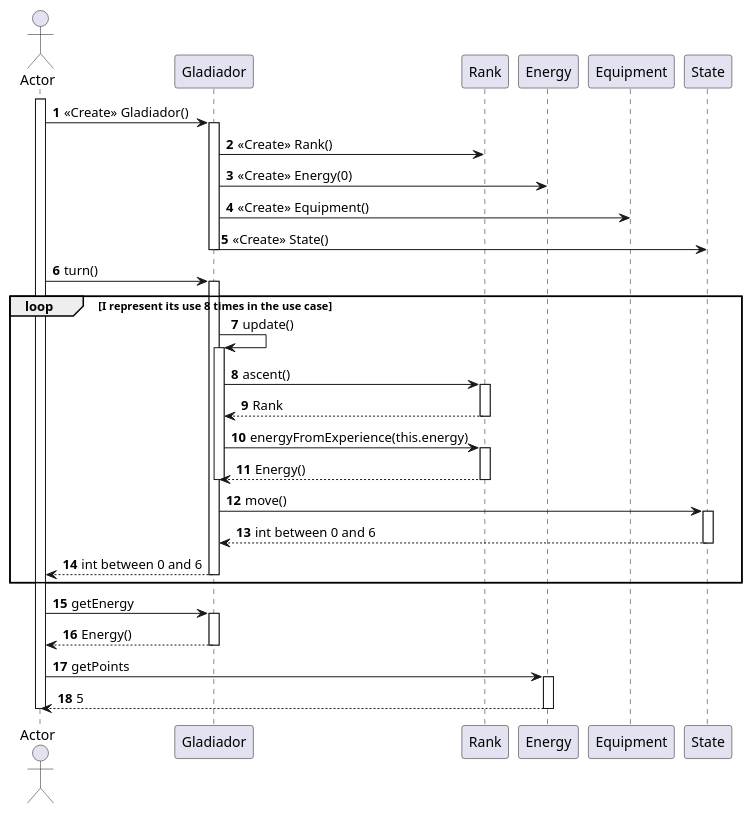
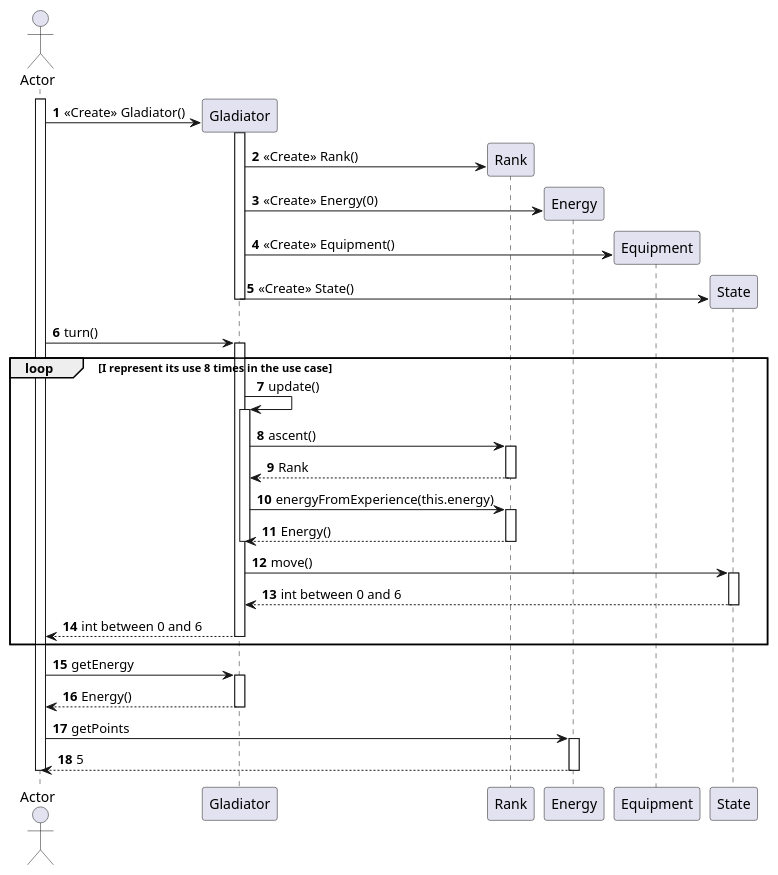
Before and after one commit to PabloGCH/tp2-algo3: the diagram in diagrams/sequences/useCase08.plantuml, drawn with PlantUML. The commit also changed 4 other files, not shown here.

```diff
--- a/diagrams/sequences/useCase08.plantuml
+++ b/diagrams/sequences/useCase08.plantuml
@@ -1,54 +1,58 @@
 @startuml
 
 autonumber
 
 actor Actor
 
 activate Actor
+create Gladiator
+Actor -> Gladiator : <<Create>> Gladiator()
+activate Gladiator
+    create Rank
+    Gladiator -> Rank :  <<Create>> Rank() 
+    create Energy
+    Gladiator -> Energy : <<Create>> Energy(0)
+    create Equipment
+    Gladiator -> Equipment : <<Create>> Equipment()
+    Create State
+    Gladiator -> State : <<Create>> State()
+deactivate Gladiator
 
-Actor -> Gladiador : <<Create>> Gladiador()
-activate Gladiador
-    Gladiador -> Rank :  <<Create>> Rank() 
-    Gladiador -> Energy : <<Create>> Energy(0)
-    Gladiador -> Equipment : <<Create>> Equipment()
-    Gladiador -> State : <<Create>> State()
-deactivate Gladiador
+Actor -> Gladiator : turn()
+loop I represent its use 8 times in the use case
+activate Gladiator
+    Gladiator -> Gladiator : update()
+    activate Gladiator
 
-Actor -> Gladiador : turn()
-loop I represent its use 8 times in the use case
-activate Gladiador
-    Gladiador -> Gladiador : update()
-    activate Gladiador
-
-        Gladiador -> Rank : ascent()
+        Gladiator -> Rank : ascent()
         activate Rank
-            Rank --> Gladiador : Rank
+            Rank --> Gladiator : Rank
         deactivate Rank
 
-        Gladiador -> Rank : energyFromExperience(this.energy)
+        Gladiator -> Rank : energyFromExperience(this.energy)
         activate Rank
-            Rank --> Gladiador : Energy()
+            Rank --> Gladiator : Energy()
         deactivate Rank
     
-    deactivate Gladiador
-    Gladiador -> State : move()
+    deactivate Gladiator
+    Gladiator -> State : move()
     activate State
-    State --> Gladiador: int between 0 and 6
+    State --> Gladiator: int between 0 and 6
     deactivate State
-    Gladiador --> Actor : int between 0 and 6
-deactivate Gladiador
+    Gladiator --> Actor : int between 0 and 6
+deactivate Gladiator
 end loop
 
-Actor -> Gladiador : getEnergy
-activate Gladiador
-Gladiador --> Actor : Energy()
-deactivate Gladiador
+Actor -> Gladiator : getEnergy
+activate Gladiator
+Gladiator --> Actor : Energy()
+deactivate Gladiator
 
 Actor -> Energy : getPoints
 activate Energy
 Energy --> Actor : 5
 deactivate Energy
 
 deactivate Actor
 
 @enduml
```
